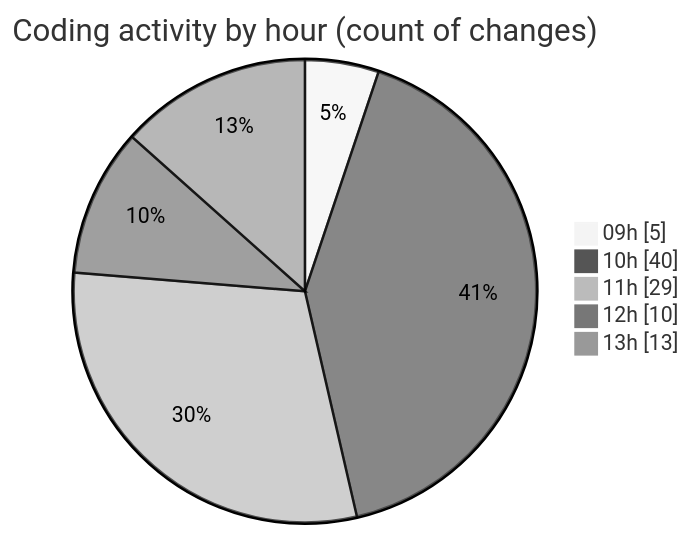
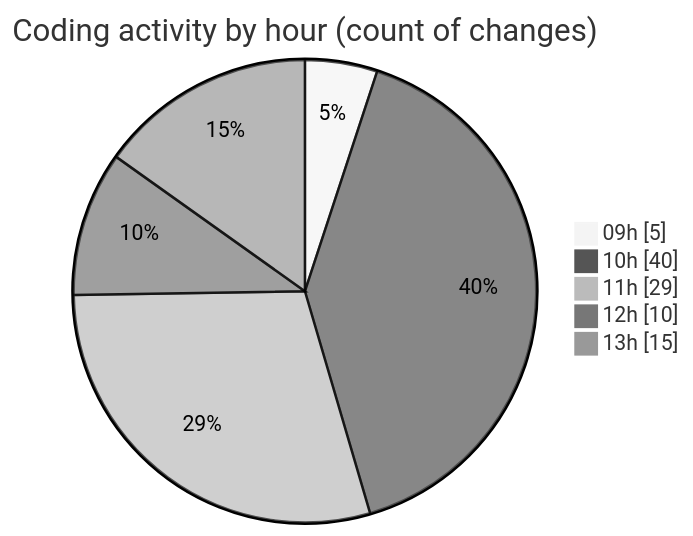
One commit to CELIANVF/code-tracking changed the second of 2 diagrams in 2025-06-02/ecodeli-1/README.md. Above: the diagram before and after it, drawn with Mermaid (neutral theme). The commit also changed other lines of this file and 1 other file, not shown here.

````diff
--- a/2025-06-02/ecodeli-1/README.md
+++ b/2025-06-02/ecodeli-1/README.md
@@ -81,9 +81,9 @@
 ```mermaid
 pie showData
 title Coding activity by hour (count of changes)
 "09h" : 5
 "10h" : 40
 "11h" : 29
 "12h" : 10
-"13h" : 13
+"13h" : 15
 ```
````
